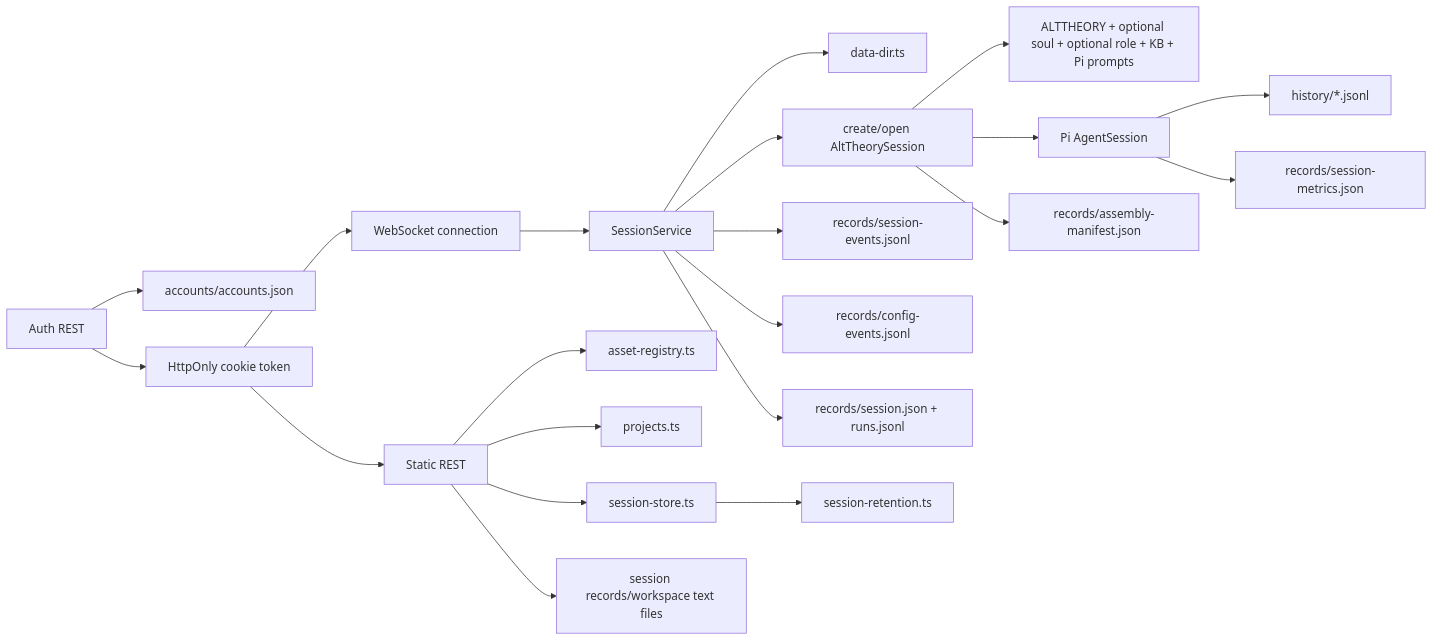
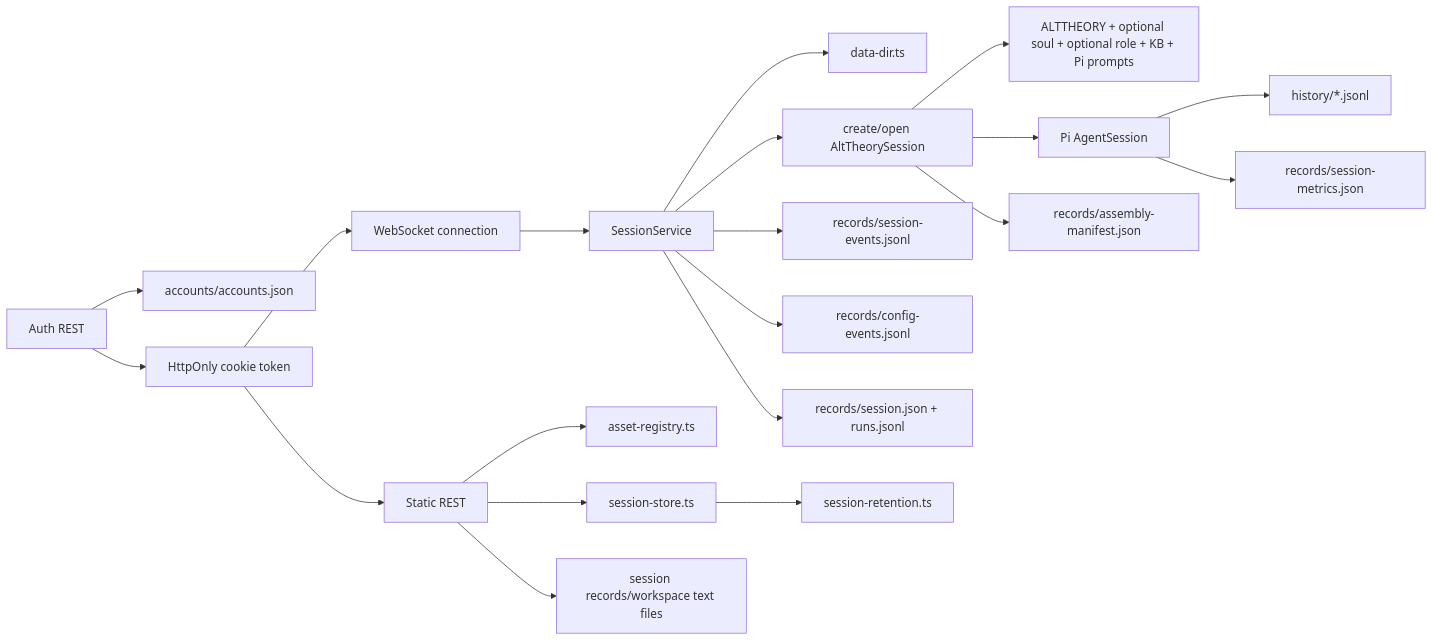
Before and after one commit to syuan-research/alt-theory: the diagram in development/architecture/core-session-engine.md, drawn with Mermaid. The commit also changed other lines of this file and 2 other files, not shown here.

First line of the commit message:
docs(architecture): align facts with v1.4 round 2 — projects feature and vanilla UI are gone

````diff
--- a/development/architecture/core-session-engine.md
+++ b/development/architecture/core-session-engine.md
@@ -85,23 +83,22 @@
 ```mermaid
 flowchart LR
   WS[WebSocket connection] --> Service[SessionService]
   Service --> Dirs[data-dir.ts]
   Service --> Core[create/open AltTheorySession]
   Core --> Assets[ALTTHEORY + optional soul + optional role + KB + Pi prompts]
   Core --> Pi[Pi AgentSession]
   Pi --> JSONL[history/*.jsonl]
   Core --> Manifest[records/assembly-manifest.json]
   Pi --> Metrics[records/session-metrics.json]
   Service --> Events[records/session-events.jsonl]
   Service --> ConfigEvents[records/config-events.jsonl]
   Service --> V4Records[records/session.json + runs.jsonl]
   AuthRoutes[Auth REST] --> AuthStore[accounts/accounts.json]
   AuthRoutes --> AuthCookie[HttpOnly cookie token]
   AuthCookie --> WS
   AuthCookie --> REST
   REST[Static REST] --> Registry[asset-registry.ts]
-  REST --> Projects[projects.ts]
   REST --> Store[session-store.ts]
   REST --> SessionFiles[session records/workspace text files]
   Store --> Retention[session-retention.ts]
 ```
````
